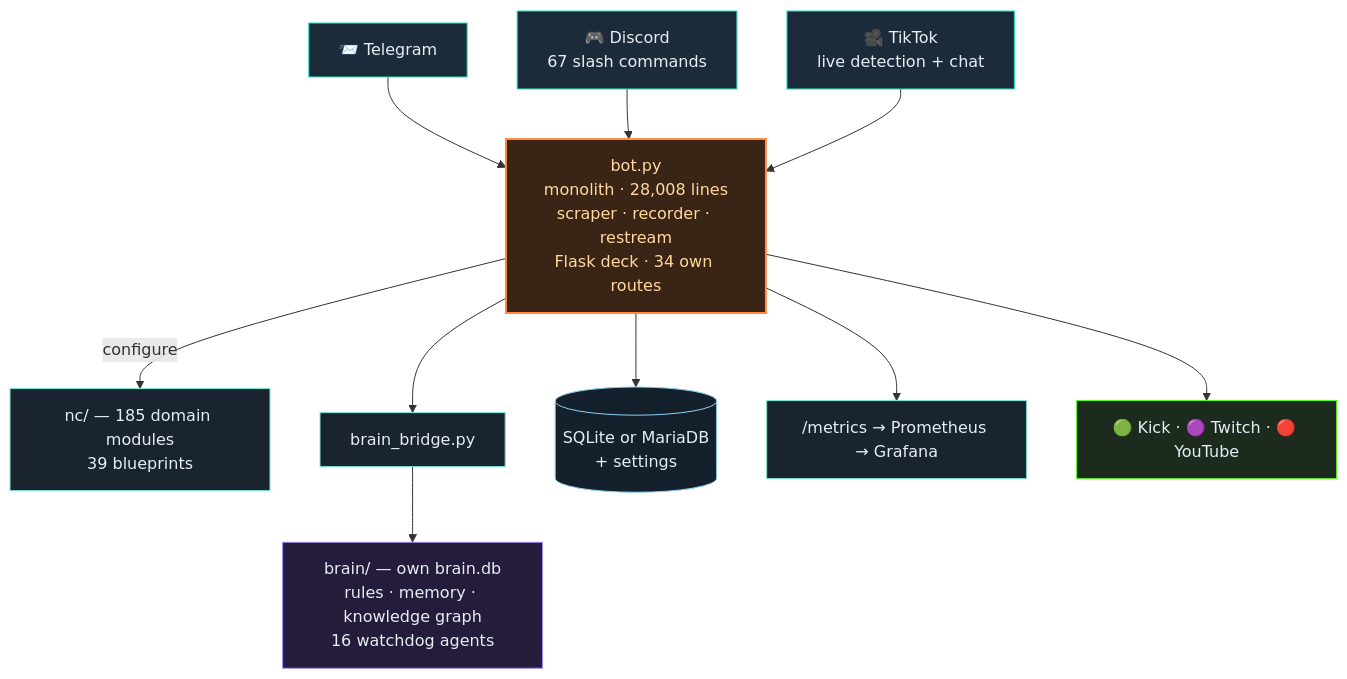
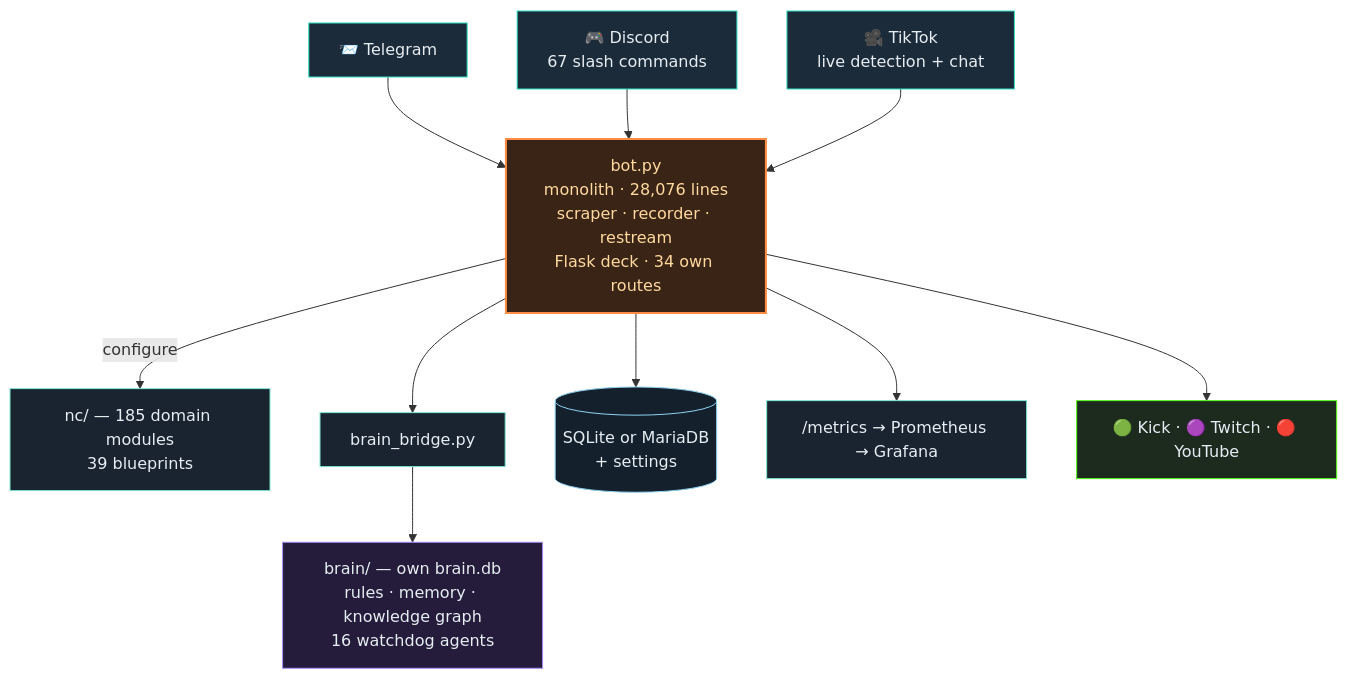
The second of 3 diagrams in README.en.md (itsamemedev/Telegram-Stream-Info-Bot), drawn with Mermaid before and after one commit. The commit also changed other lines of this file and 15 other files, not shown here.

````diff
--- a/README.en.md
+++ b/README.en.md
@@ -119,19 +119,19 @@
 ```mermaid
 flowchart TB
     TG["📨 Telegram"]:::ein --> BOT
     DC["🎮 Discord<br/>67 slash commands"]:::ein --> BOT
     TT["🎥 TikTok<br/>live detection + chat"]:::ein --> BOT
-    BOT["bot.py<br/>monolith · 28,008 lines<br/>scraper · recorder · restream<br/>Flask deck · 34 own routes"]:::core
+    BOT["bot.py<br/>monolith · 28,076 lines<br/>scraper · recorder · restream<br/>Flask deck · 34 own routes"]:::core
     BOT -->|configure| NC["nc/ — 185 domain modules<br/>39 blueprints"]:::lib
     BOT --> BR["brain_bridge.py"]:::lib
     BR --> BRAIN["brain/ — own brain.db<br/>rules · memory · knowledge graph<br/>16 watchdog agents"]:::brain
     BOT --> DB[("SQLite or MariaDB<br/>+ settings")]:::db
     BOT --> PROM["/metrics → Prometheus → Grafana"]:::lib
     BOT --> OUT["🟢 Kick · 🟣 Twitch · 🔴 YouTube"]:::out
     classDef ein fill:#1c2b3a,stroke:#2de1c2,color:#e6edf3
     classDef core fill:#3a2415,stroke:#ff8c42,stroke-width:2px,color:#ffd9a0
     classDef lib fill:#1a2430,stroke:#7fe7d4,color:#e6edf3
     classDef brain fill:#241c3a,stroke:#a78bfa,color:#e6edf3
     classDef db fill:#14202c,stroke:#8fd3f4,color:#e6edf3
     classDef out fill:#1c2b1e,stroke:#53fc18,color:#e6edf3
 ```
````
